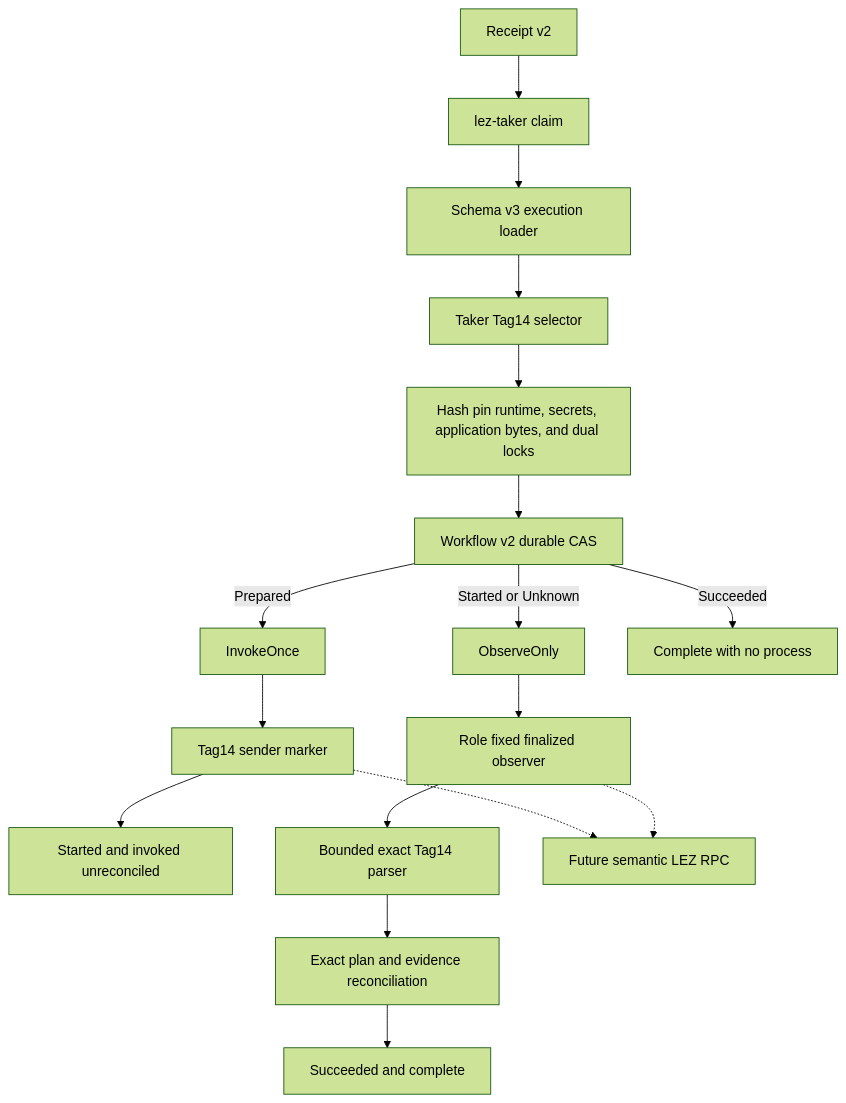
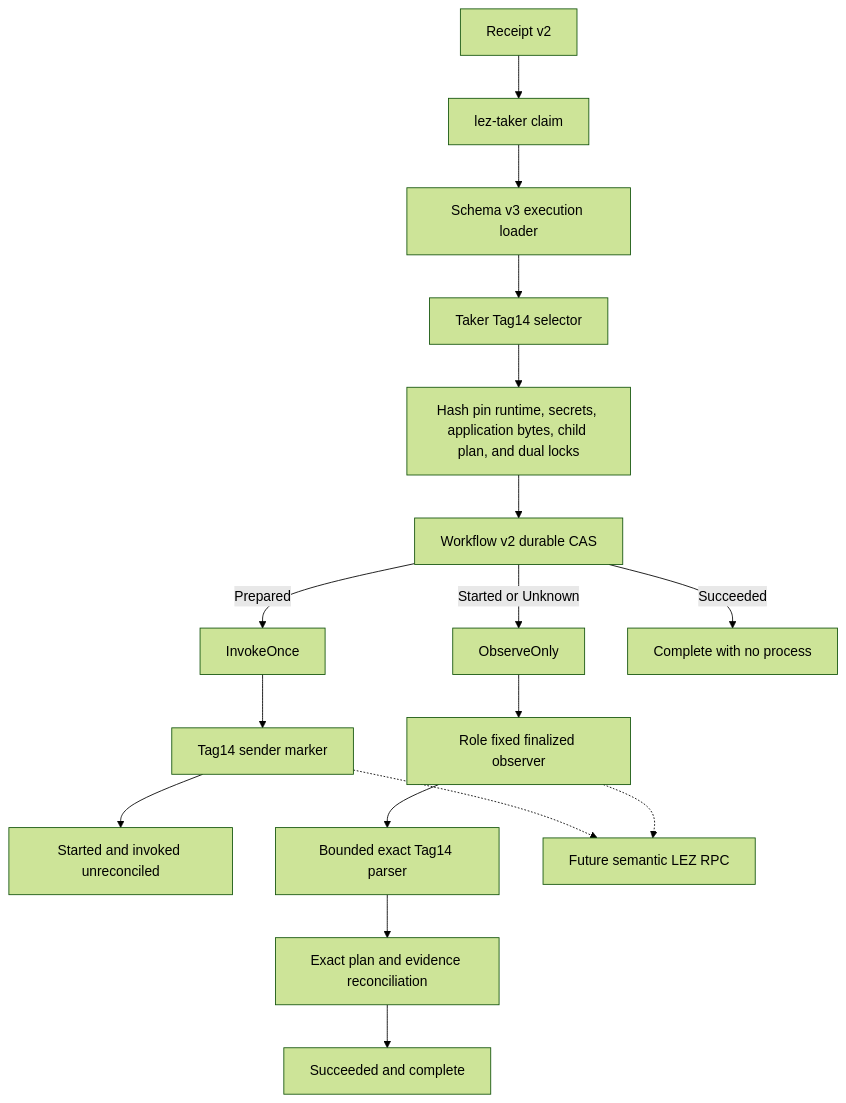
Diagram 27 of 40 in docs/architecture/system-architecture.md (gateway-fm/lez-atomic-swaps), drawn with Mermaid (forest theme) before and after one commit. The commit also changed other lines of this file and 11 other files, not shown here.

Commit message:
feat(m7): bind XMR effect child plan

````diff
--- a/docs/architecture/system-architecture.md
+++ b/docs/architecture/system-architecture.md
@@ -2561,19 +2561,19 @@
 ```mermaid
 flowchart TB
     Receipt["Receipt v2"] --> Claim["lez-taker claim"]
     Claim --> Loader["Schema v3 execution loader"]
     Loader --> Selector["Taker Tag14 selector"]
-    Selector --> Pin["Hash pin runtime, secrets, application bytes, and dual locks"]
+    Selector --> Pin["Hash pin runtime, secrets, application bytes, child plan, and dual locks"]
     Pin --> Authorize["Workflow v2 durable CAS"]
     Authorize -->|Prepared| Invoke["InvokeOnce"]
     Invoke --> Sender["Tag14 sender marker"]
     Sender --> Started["Started and invoked unreconciled"]
     Authorize -->|Started or Unknown| Observe["ObserveOnly"]
     Observe --> Observer["Role fixed finalized observer"]
     Observer --> Parser["Bounded exact Tag14 parser"]
     Parser --> Reconcile["Exact plan and evidence reconciliation"]
     Reconcile --> Succeeded["Succeeded and complete"]
     Authorize -->|Succeeded| Complete["Complete with no process"]
     Sender -.-> Rpc["Future semantic LEZ RPC"]
     Observer -.-> Rpc
 ```
````
